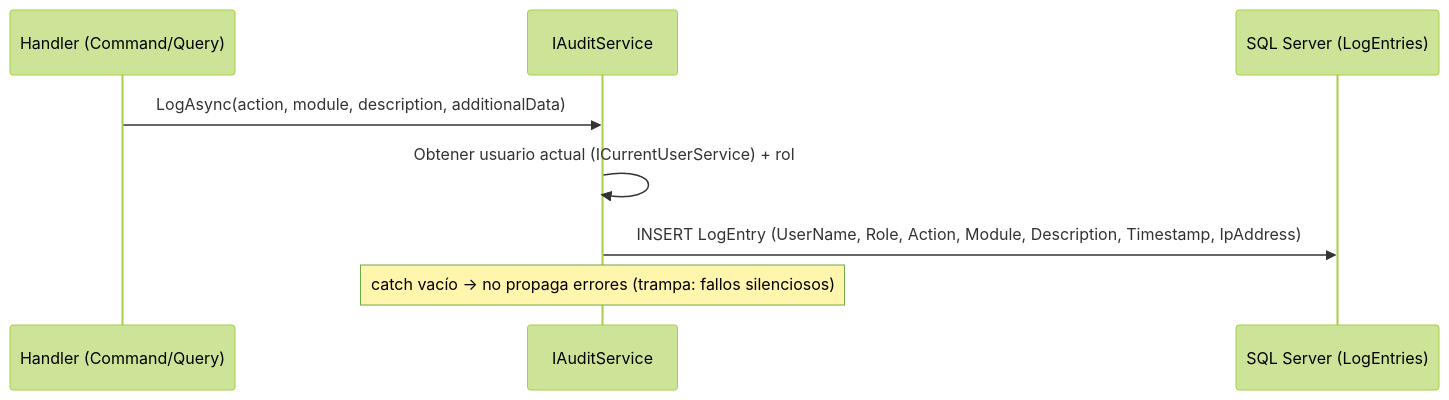
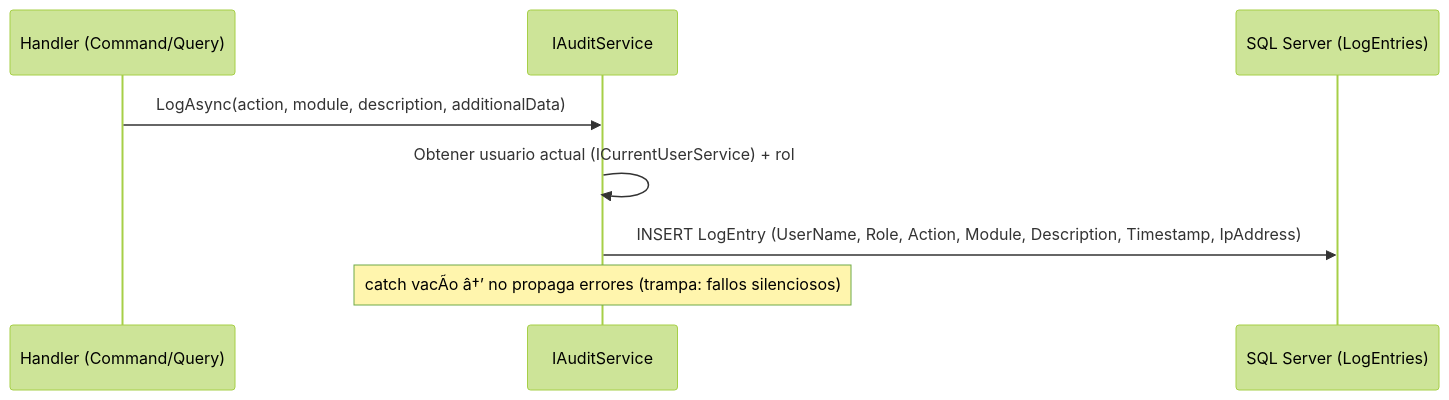
Before and after one commit to adrian-silva-uy/guarino: the ninth of 11 diagrams in docs/diagramas.md, drawn with Mermaid (forest theme). The commit also changed other lines of this file, not shown here.

Commit message:
Fix: corrige diagrama 'Flujo de consultas de datos' (semicolon en mensaje sequenceDiagram rompia el parser Mermaid)

````diff
--- a/docs/diagramas.md
+++ b/docs/diagramas.md
@@ -262,11 +263,11 @@
 ```mermaid
 sequenceDiagram
     participant H as Handler (Command/Query)
     participant A as IAuditService
     participant DB as SQL Server (LogEntries)
 
     H->>A: LogAsync(action, module, description, additionalData)
     A->>A: Obtener usuario actual (ICurrentUserService) + rol
     A->>DB: INSERT LogEntry (UserName, Role, Action, Module, Description, Timestamp, IpAddress)
-    Note over A: catch vacío → no propaga errores (trampa: fallos silenciosos)
+    Note over A: catch vacÃ­o â†’ no propaga errores (trampa: fallos silenciosos)
 ```
````
